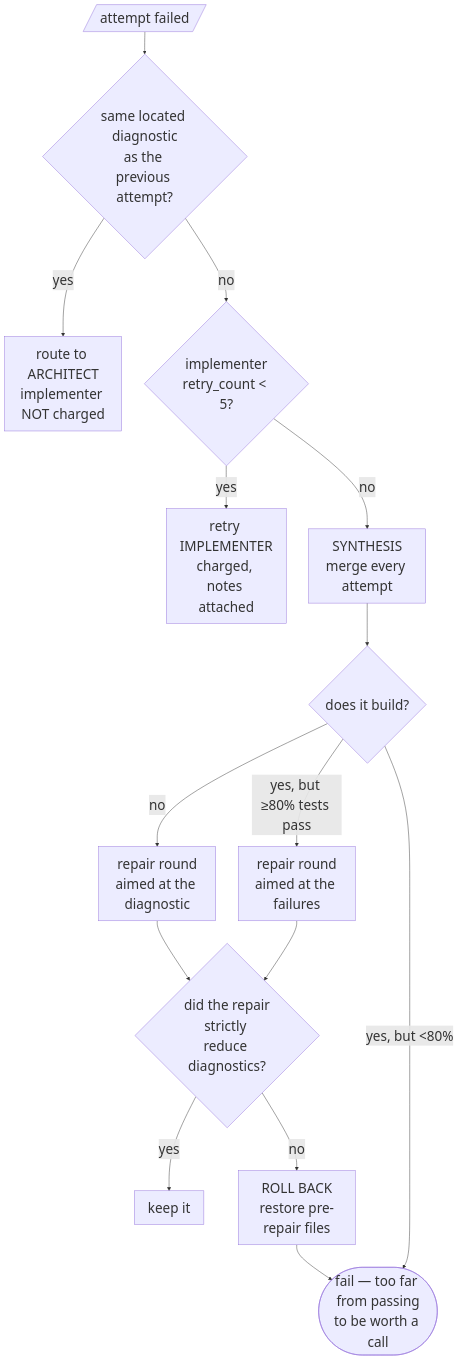
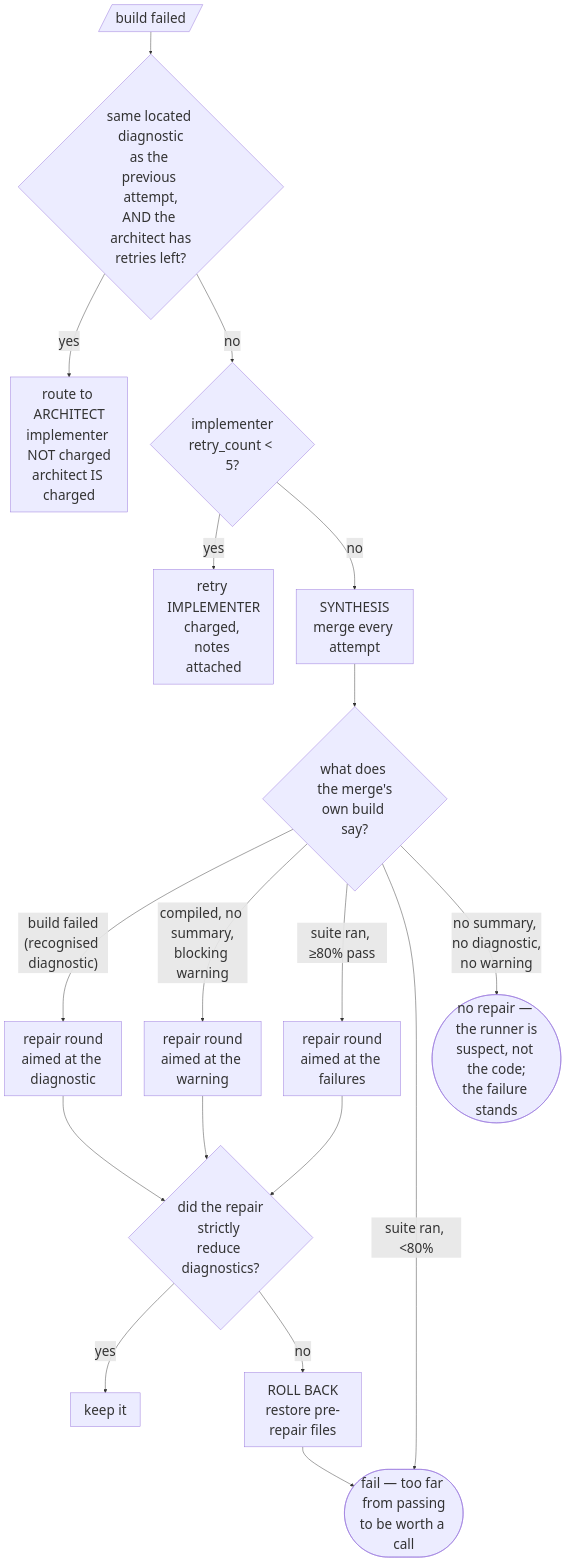
One commit to keithmerrilliv/coding-model-server changed the sixth of 6 diagrams in docs/PIPELINE.md. Above: the diagram before and after it, drawn with Mermaid. The commit also changed other lines of this file, not shown here.

````diff
--- a/docs/PIPELINE.md
+++ b/docs/PIPELINE.md
@@ -231,18 +258,21 @@
 ```mermaid
 %%{init: {'themeVariables': {'fontSize': '30px'}}}%%
 flowchart TD
-    F[/attempt failed/] --> Q1{same located diagnostic<br/>as the previous attempt?}
-    Q1 -->|yes| A[route to ARCHITECT<br/>implementer NOT charged]
+    F[/build failed/] --> Q1{"same located diagnostic<br/>as the previous attempt,<br/>AND the architect has<br/>retries left?"}
+    Q1 -->|yes| A[route to ARCHITECT<br/>implementer NOT charged<br/>architect IS charged]
     Q1 -->|no| Q2{implementer<br/>retry_count &lt; 5?}
     Q2 -->|yes| I[retry IMPLEMENTER<br/>charged, notes attached]
     Q2 -->|no| S[SYNTHESIS<br/>merge every attempt]
-    S --> Q3{does it build?}
-    Q3 -->|no| R1[repair round<br/>aimed at the diagnostic]
-    Q3 -->|"yes, but ≥80% tests pass"| R2[repair round<br/>aimed at the failures]
-    Q3 -->|"yes, but &lt;80%"| X([fail — too far from passing<br/>to be worth a call])
+    S --> Q3{"what does the merge's<br/>own build say?"}
+    Q3 -->|"build failed<br/>(recognised diagnostic)"| R1[repair round<br/>aimed at the diagnostic]
+    Q3 -->|"compiled, no summary,<br/>blocking warning"| R1B[repair round<br/>aimed at the warning]
+    Q3 -->|"suite ran, ≥80% pass"| R2[repair round<br/>aimed at the failures]
+    Q3 -->|"suite ran, &lt;80%"| X([fail — too far from passing<br/>to be worth a call])
+    Q3 -->|"no summary, no diagnostic,<br/>no warning"| X2([no repair — the runner is<br/>suspect, not the code;<br/>the failure stands])
     R1 --> V{did the repair<br/>strictly reduce diagnostics?}
+    R1B --> V
     R2 --> V
     V -->|yes| K[keep it]
     V -->|no| RB[ROLL BACK<br/>restore pre-repair files]
     RB --> X
 ```
````
